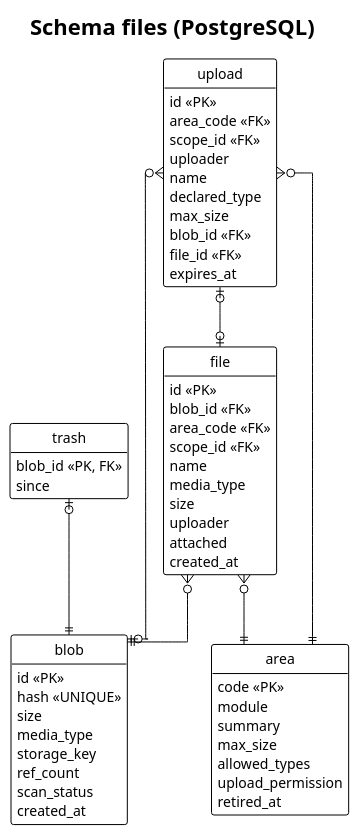
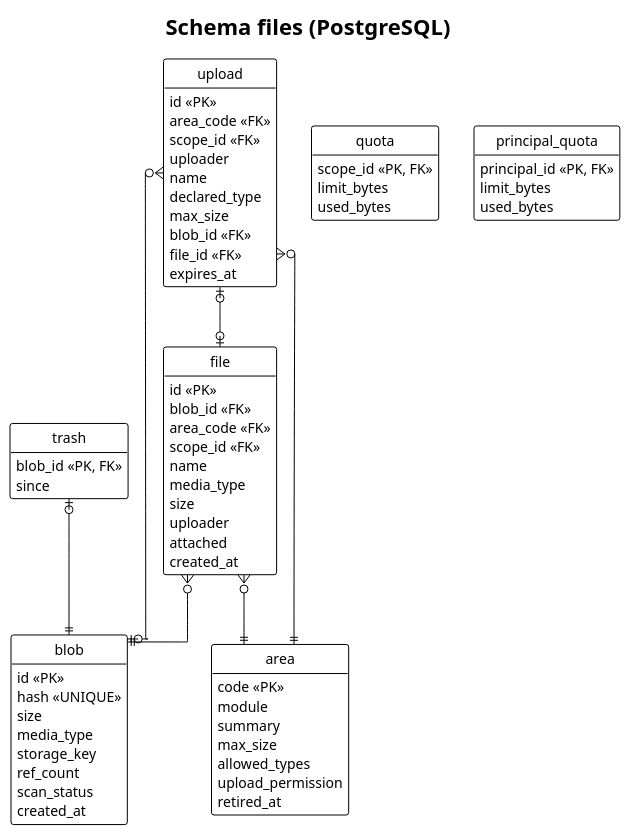
One commit to didactika/kampus changed the diagram in docs/03-design/data-model/files.puml. Above: the diagram before and after it, drawn with PlantUML. The commit also changed 16 other files, not shown here.

```diff
--- a/docs/03-design/data-model/files.puml
+++ b/docs/03-design/data-model/files.puml
@@ -1,62 +1,72 @@
 @startuml
 !theme plain
 hide empty members
 hide circle
 skinparam linetype ortho
 title Schema files (PostgreSQL)
 
 entity blob {
   id <<PK>>
   hash <<UNIQUE>>
   size
   media_type
   storage_key
   ref_count
   scan_status
   created_at
 }
 entity area {
   code <<PK>>
   module
   summary
   max_size
   allowed_types
   upload_permission
   retired_at
 }
 entity file {
   id <<PK>>
   blob_id <<FK>>
   area_code <<FK>>
   scope_id <<FK>>
   name
   media_type
   size
   uploader
   attached
   created_at
 }
 entity upload {
   id <<PK>>
   area_code <<FK>>
   scope_id <<FK>>
   uploader
   name
   declared_type
   max_size
   blob_id <<FK>>
   file_id <<FK>>
   expires_at
 }
+entity quota {
+  scope_id <<PK, FK>>
+  limit_bytes
+  used_bytes
+}
+entity principal_quota {
+  principal_id <<PK, FK>>
+  limit_bytes
+  used_bytes
+}
 entity trash {
   blob_id <<PK, FK>>
   since
 }
 
 file }o--|| blob
 file }o--|| area
 upload }o--|| area
 upload }o--o| blob
 upload |o--o| file
 trash |o--|| blob
 @enduml
```
